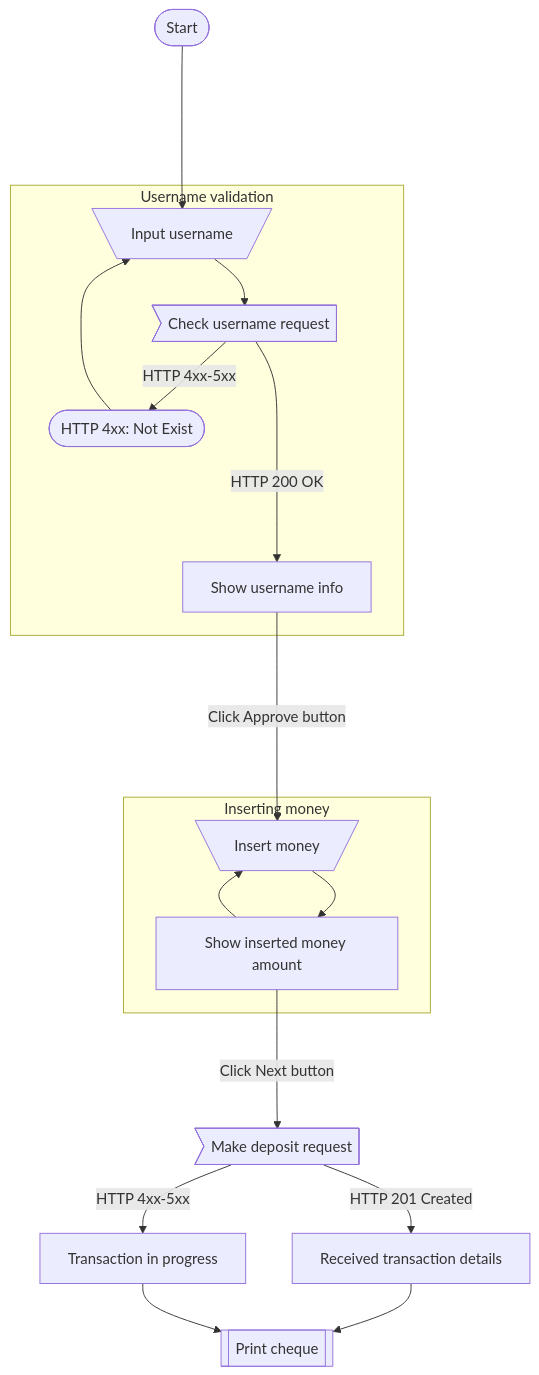
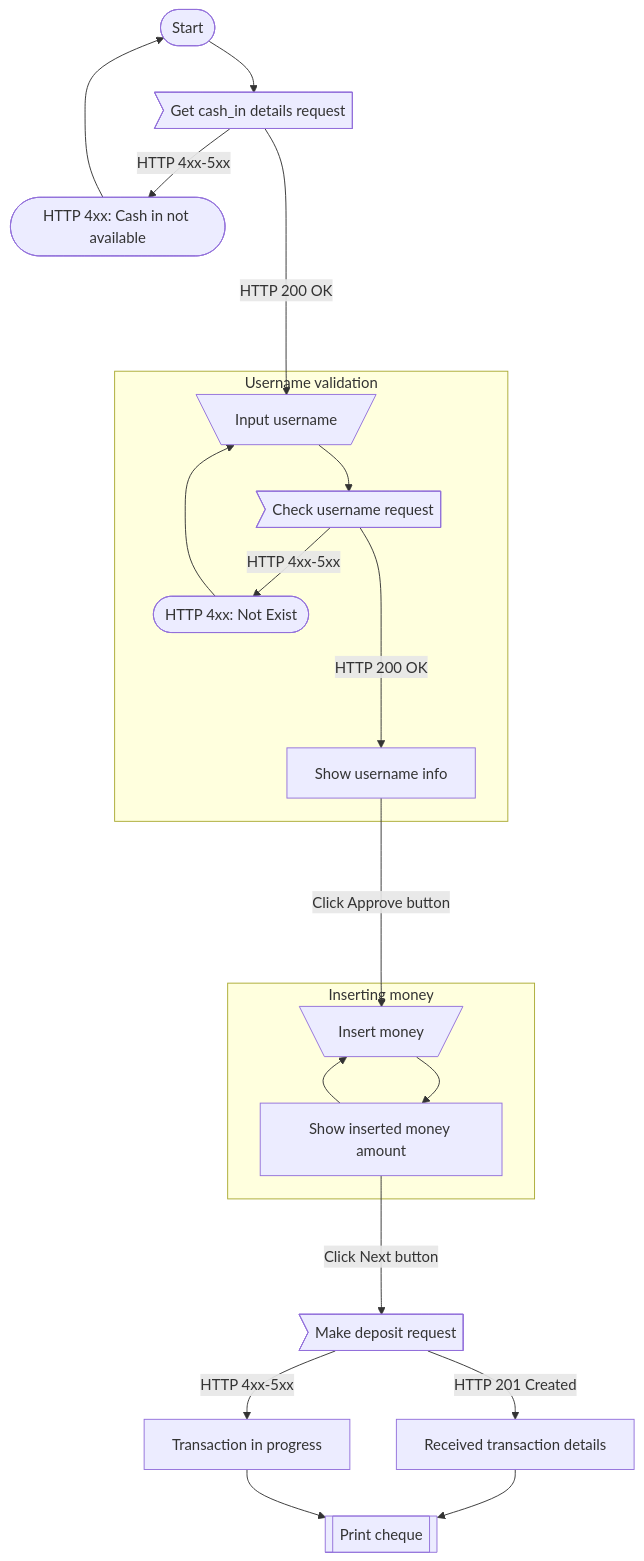
One commit to iumiCash/terminal-api changed the diagram in docs/cash_in/flow.md. Above: the diagram before and after it, drawn with Mermaid. The commit also changed other lines of this file and 11 other files, not shown here.

Commit message:
changed colors, added logo; added get cash_in details request

````diff
--- a/docs/cash_in/flow.md
+++ b/docs/cash_in/flow.md
@@ -4,36 +4,40 @@
 ```mermaid
 flowchart TD
-    start([Start]) ----> input_username[\"Input username"/];
+    start([Start]) --> cash_in_details_request>"Get cash_in details request"];
+    cash_in_details_request --> |HTTP 4xx-5xx| cash_in_error(["HTTP 4xx: Cash in not available"]) --> start;
+    cash_in_details_request ----> |HTTP 200 OK| input_username[\"Input username"/];
     
     subgraph username_validation ["Username validation"];
         input_username --> check_username_request>"Check username request"];
         check_username_request --> |HTTP 4xx-5xx| error_page(["HTTP 4xx: Not Exist"]);
         error_page --> input_username;
         check_username_request ----> |HTTP 200 OK| show_username_info["Show username info"];
     end;
     
     show_username_info -- "Click Approve button" ----> insert_money[\"Insert money"/];
     
     subgraph money_inserting ["Inserting money"];
         insert_money --> show_inserted_money_amount["Show inserted money amount"];
         show_inserted_money_amount --> insert_money;
     end;
     
     show_inserted_money_amount -- "Click Next button" ---> deposit_request>"Make deposit request"];
     deposit_request --> |"HTTP 201 Created"| successful_deposit_request["Received transaction details"];
     deposit_request --> |"HTTP 4xx-5xx"| error_deposit_request["Transaction in progress"];
     successful_deposit_request --> print_cheque[["Print cheque"]];
     error_deposit_request --> print_cheque[["Print cheque"]];
 
     click start href "#start";
+    click cash_in_details_request href "#cash_in_details_request";
+    click cash_in_error href "#error_page";
     click input_username href "#input_username";
     click check_username_request href "#check_username_request";
     click show_username_info href "#show_username_info";
     click error_page href "#error_page";
     click insert_money href "#insert_money";
     click show_inserted_money_amount href "#show_inserted_money_amount";
     click deposit_request href "#deposit_request";
     click successful_deposit_request href "#successful_deposit_request";
     click error_deposit_request href "#error_deposit_request";
     click print_cheque href "#print_cheque";
 ```
````
